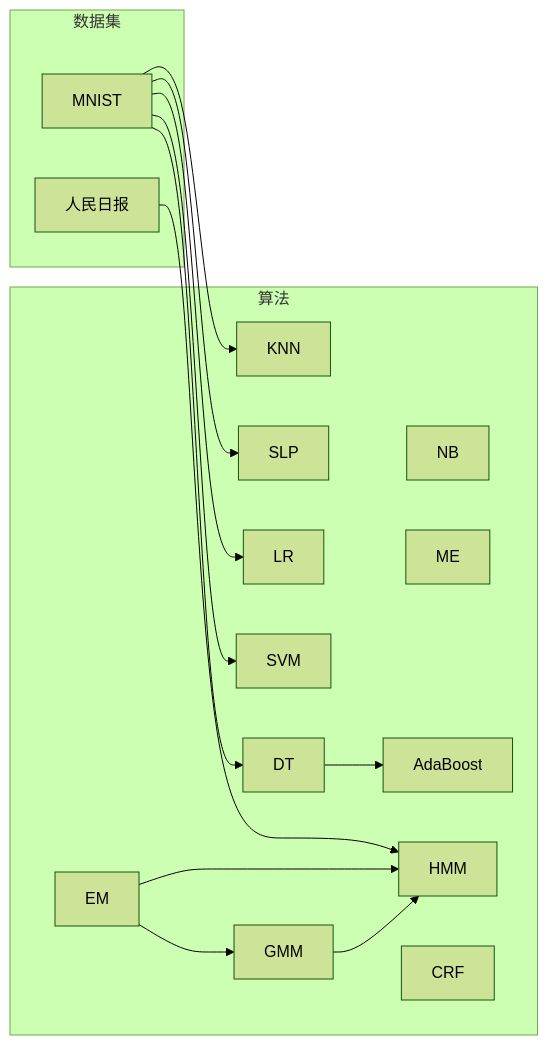
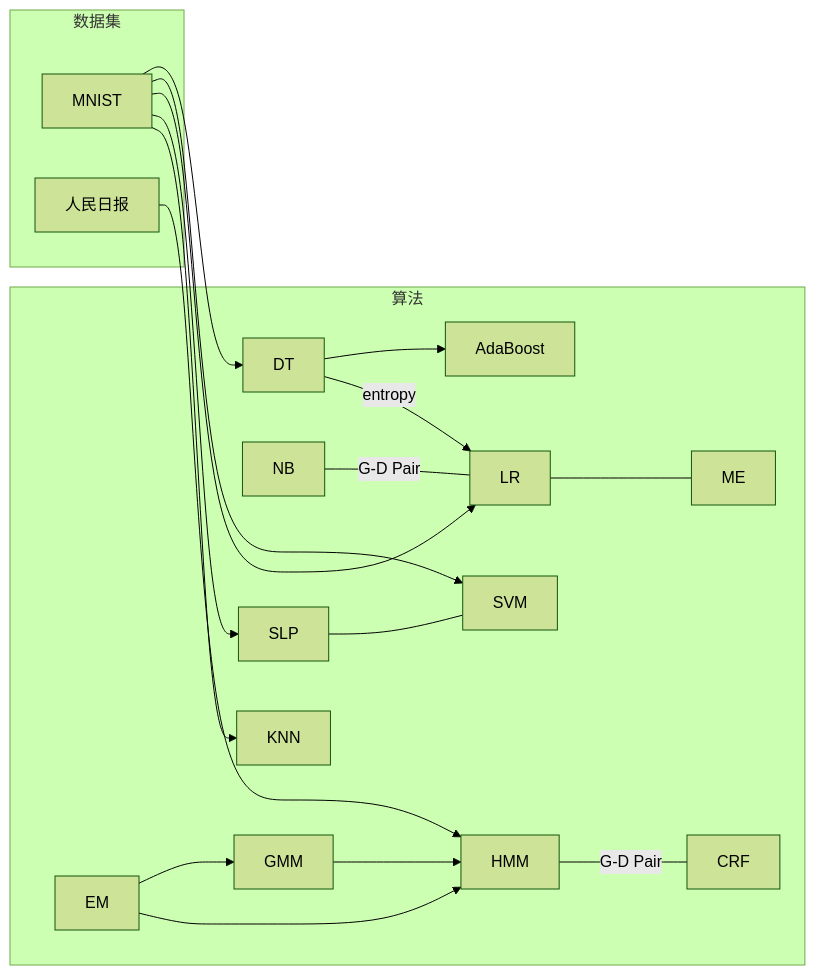
The diagram in README.md (SmirkCao/Lihang), drawn with Mermaid (forest theme) before and after one commit. The commit also changed other lines of this file and 4 other files, not shown here.

````diff
--- a/README.md
+++ b/README.md
@@ -155,28 +162,26 @@
 ```mermaid
 graph LR
 	subgraph 算法
 	KNN
-	SLP
-	NB
-	DT
-	LR
-	ME
-	SVM
+	NB--G-D Pair---LR
+	LR---ME
+	SLP---SVM
+	DT--entropy-->LR
 	DT-->AdaBoost
 	EM-->HMM
 	EM-->GMM
 	GMM-->HMM
-	CRF
+	HMM--G-D Pair---CRF
 	end
 	subgraph 数据集
 	MNIST-->KNN
 	MNIST-->SLP
 	MNIST-->LR
 	MNIST-->SVM
 	MNIST-->DT
 	人民日报-->HMM
 	end
 	
 	
 	 
 ```
````
